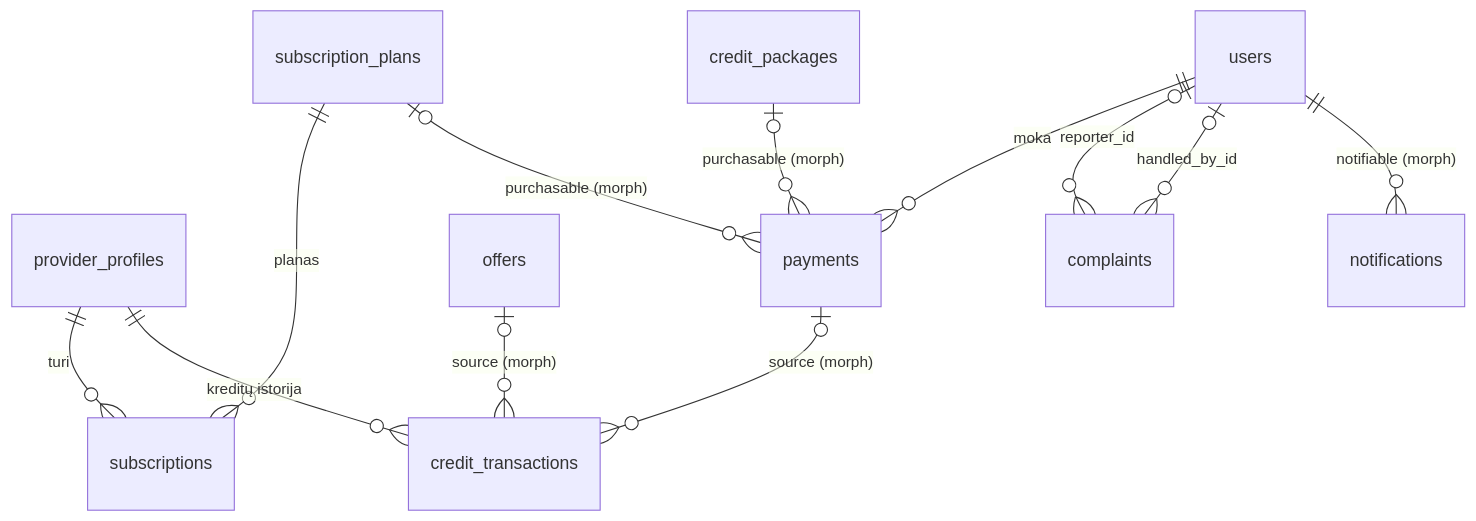
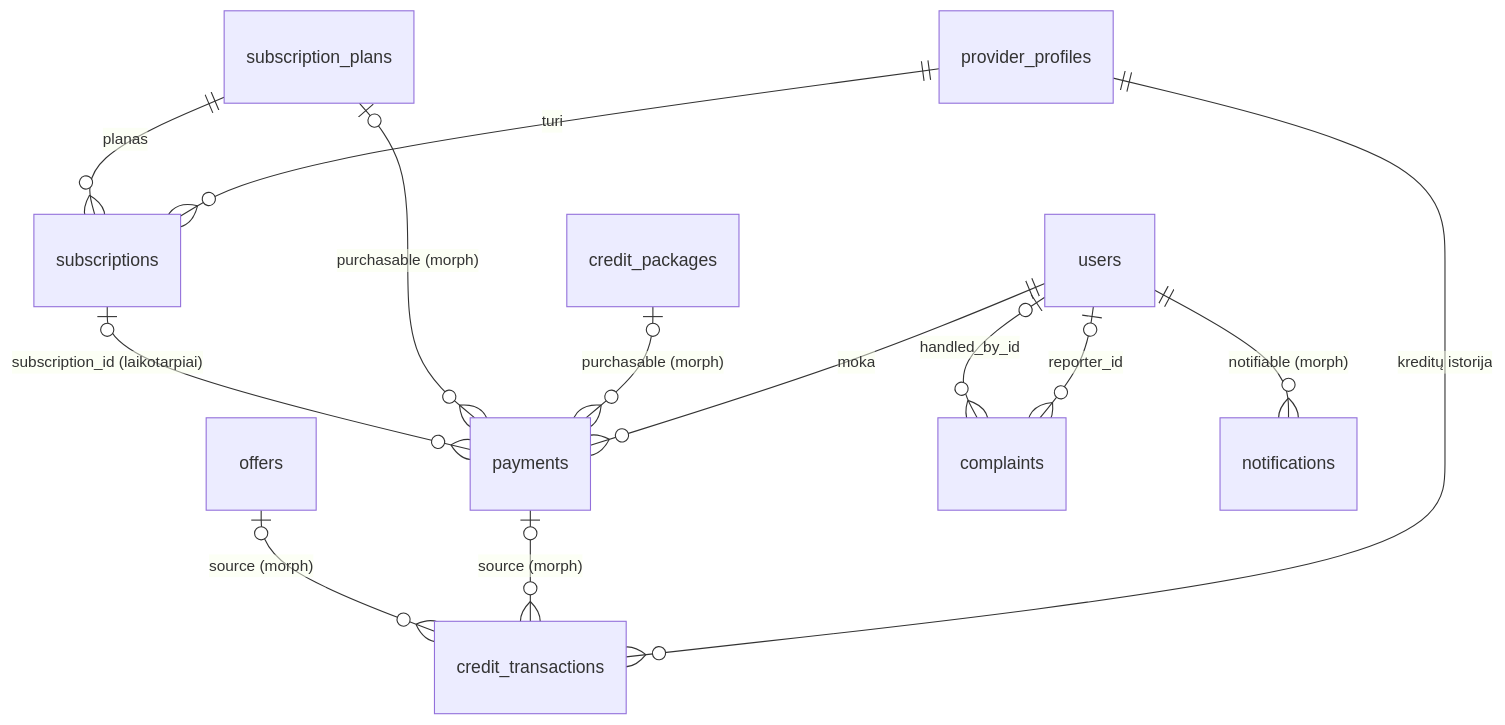
Before and after one commit to ello-lithuania/laravel-service-marketplace: the third of 3 diagrams in docs/DB_SCHEMA.md, drawn with Mermaid. The commit also changed other lines of this file, not shown here.

First line of the commit message:
docs(schema): Etapas 7 – prenumeratų laikotarpiai, sąskaitų numeracija, billing pranešimai

````diff
--- a/docs/DB_SCHEMA.md
+++ b/docs/DB_SCHEMA.md
@@ -242,14 +242,15 @@
 ```mermaid
 erDiagram
     provider_profiles ||--o{ subscriptions : "turi"
     subscription_plans ||--o{ subscriptions : "planas"
     provider_profiles ||--o{ credit_transactions : "kreditų istorija"
     users ||--o{ payments : "moka"
     payments |o--o{ credit_transactions : "source (morph)"
     offers |o--o{ credit_transactions : "source (morph)"
     credit_packages |o--o{ payments : "purchasable (morph)"
     subscription_plans |o--o{ payments : "purchasable (morph)"
+    subscriptions |o--o{ payments : "subscription_id (laikotarpiai)"
     users |o--o{ complaints : "reporter_id"
     users |o--o{ complaints : "handled_by_id"
     users ||--o{ notifications : "notifiable (morph)"
 ```
````
